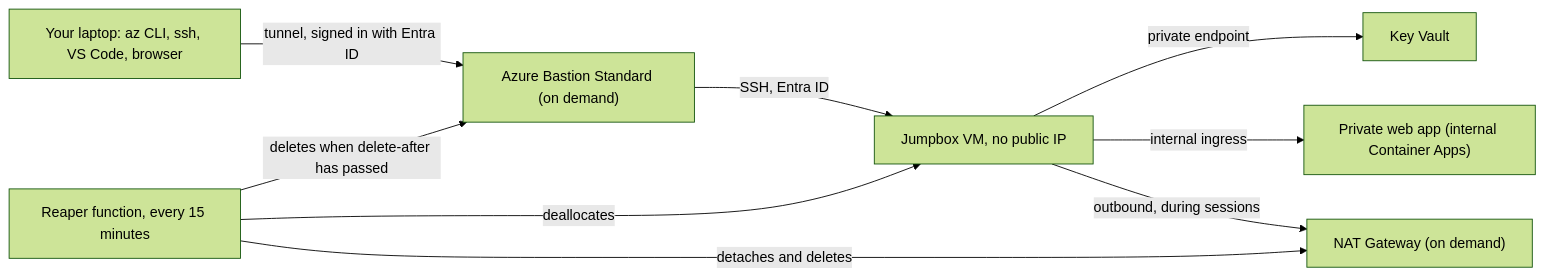
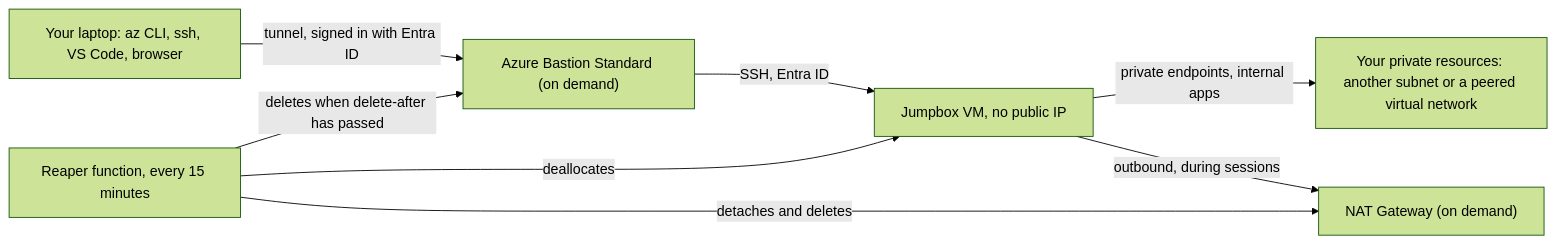
The diagram in README.md (ikhemissi/azure-bastion-on-demand), drawn with Mermaid (forest theme) before and after one commit. The commit also changed other lines of this file and 3 other files, not shown here.

First line of the commit message:
docs: guide peering with an existing virtual network, and redraw the overview

````diff
--- a/README.md
+++ b/README.md
@@ -34,11 +34,10 @@
 ```mermaid
 flowchart LR
     laptop["Your laptop: az CLI, ssh, VS Code, browser"] -->|"tunnel, signed in with Entra ID"| bastion["Azure Bastion Standard (on demand)"]
     bastion -->|"SSH, Entra ID"| jumpbox["Jumpbox VM, no public IP"]
-    jumpbox -->|"private endpoint"| vault["Key Vault"]
-    jumpbox -->|"internal ingress"| webapp["Private web app (internal Container Apps)"]
+    jumpbox -->|"private endpoints, internal apps"| yours["Your private resources: another subnet or a peered virtual network"]
     jumpbox -->|"outbound, during sessions"| nat["NAT Gateway (on demand)"]
     reaper["Reaper function, every 15 minutes"] -->|"deletes when delete-after has passed"| bastion
     reaper -->|"deallocates"| jumpbox
     reaper -->|"detaches and deletes"| nat
 ```
````
